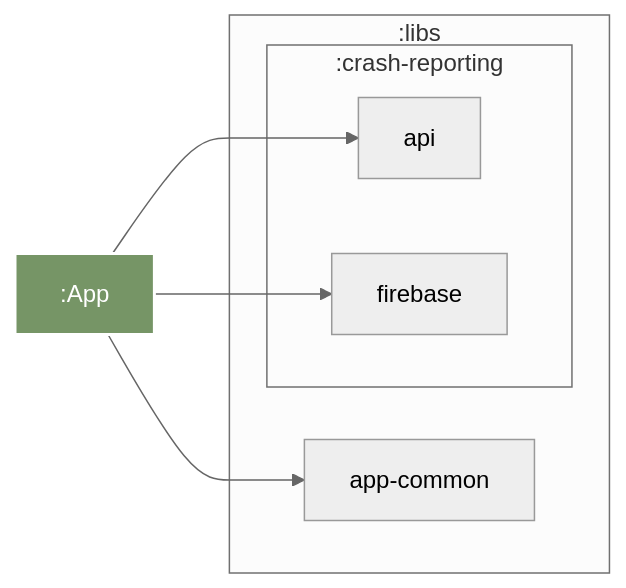
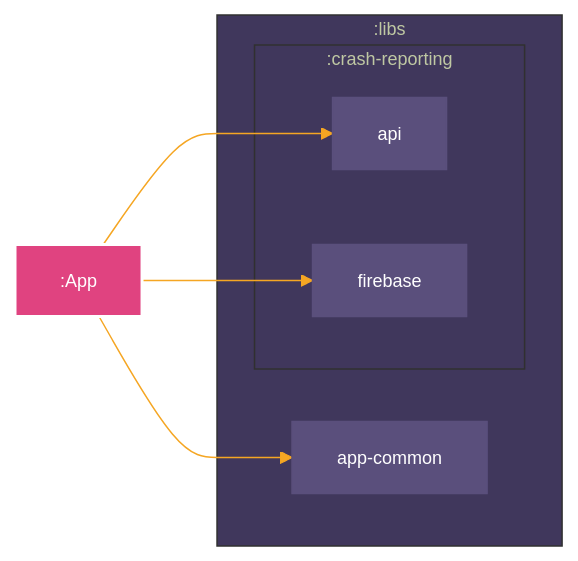
One commit to iurysza/module-graph changed the sixth of 7 diagrams in README.md. Above: the diagram before and after it, drawn with Mermaid. The commit also changed other lines of this file, not shown here.

````diff
--- a/README.md
+++ b/README.md
@@ -672,22 +673,22 @@
 ```mermaid
 %%{
   init: {
-    'theme': 'neutral'
+    'theme': 'base',
+    'themeVariables': {"primaryTextColor":"#fff","primaryColor":"#5a4f7c","primaryBorderColor":"#5a4f7c","lineColor":"#f5a623","tertiaryColor":"#40375c","fontSize":"12px"}
   }
 }%%
 
 graph LR
   subgraph :libs
     :libs:app-common["app-common"]
     subgraph :crash-reporting
       :libs:crash-reporting:api["api"]
       :libs:crash-reporting:firebase["firebase"]
     end
   end
   :App --> :libs:app-common
   :App --> :libs:crash-reporting:api
   :App --> :libs:crash-reporting:firebase
-  classDef focus fill:#769566,stroke:#fff,stroke-width:2px,color:#fff;
+  classDef focus fill:#E04380,stroke:#fff,stroke-width:2px,color:#fff;
   class :App focus
-
 ```
````
